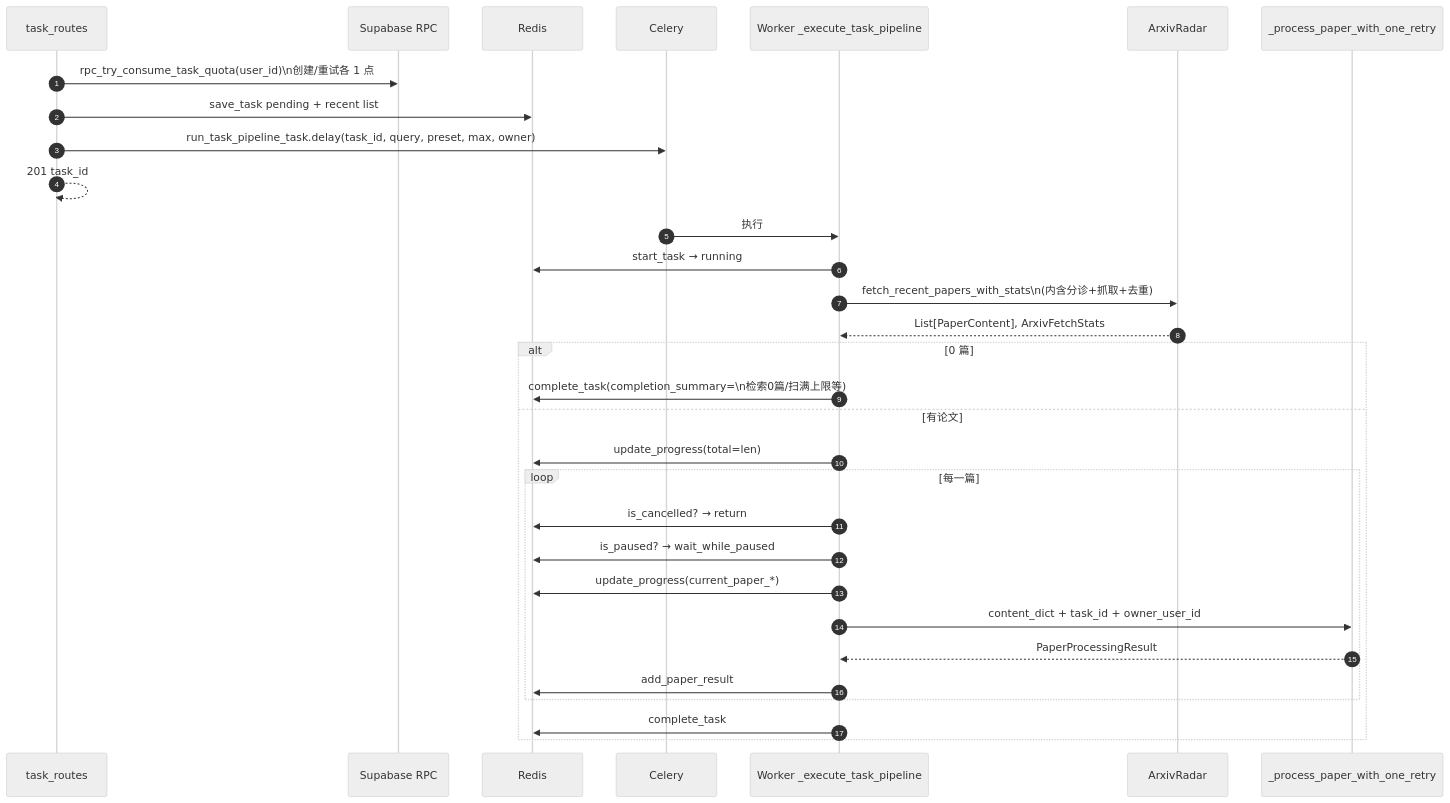
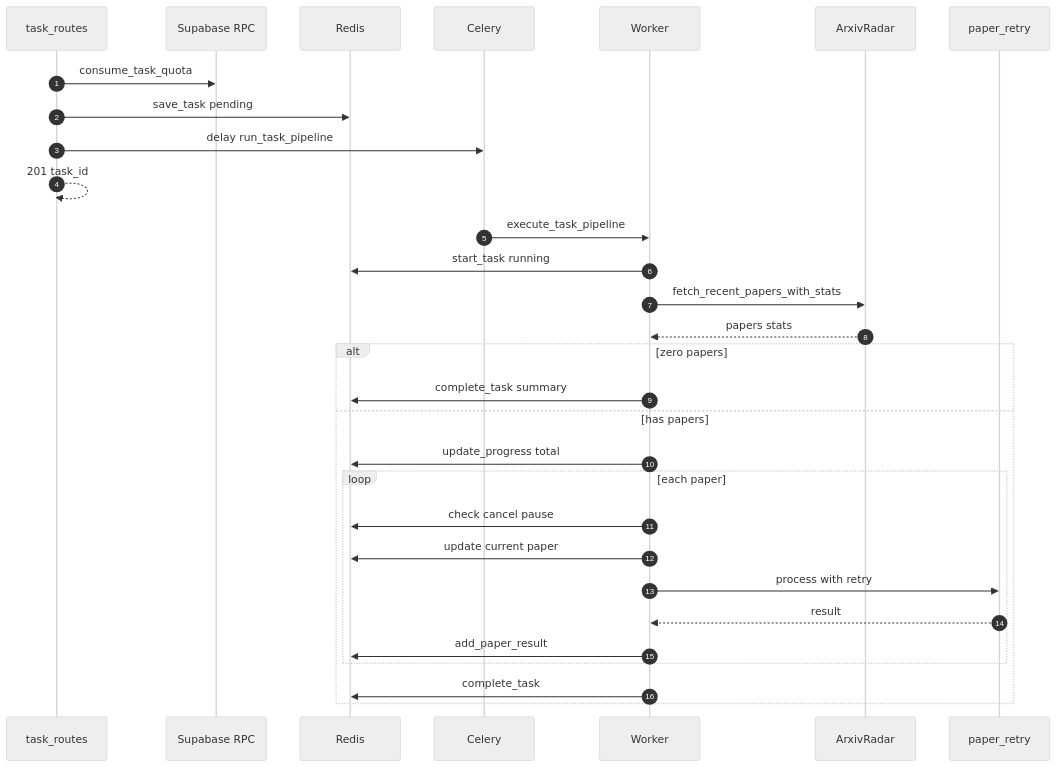
One commit to liu-kaining/ArxPrism changed the eighth of 21 diagrams in spec/DIAGRAMS.md. Above: the diagram before and after it, drawn with Mermaid (neutral theme). The commit also changed other lines of this file, not shown here.

````diff
--- a/spec/DIAGRAMS.md
+++ b/spec/DIAGRAMS.md
@@ -232,36 +236,35 @@
 ```mermaid
 sequenceDiagram
     autonumber
     participant API as task_routes
     participant SB as Supabase RPC
     participant RD as Redis
     participant CE as Celery
-    participant WK as Worker _execute_task_pipeline
+    participant WK as Worker
     participant RAD as ArxivRadar
-    participant PP as _process_paper_with_one_retry
+    participant PP as paper_retry
 
-    API->>SB: rpc_try_consume_task_quota(user_id)\n创建/重试各 1 点
-    API->>RD: save_task pending + recent list
-    API->>CE: run_task_pipeline_task.delay(task_id, query, preset, max, owner)
+    API->>SB: consume_task_quota
+    API->>RD: save_task pending
+    API->>CE: delay run_task_pipeline
     API-->>API: 201 task_id
 
-    CE->>WK: 执行
-    WK->>RD: start_task → running
-    WK->>RAD: fetch_recent_papers_with_stats\n(内含分诊+抓取+去重)
-    RAD-->>WK: List[PaperContent], ArxivFetchStats
+    CE->>WK: execute_task_pipeline
+    WK->>RD: start_task running
+    WK->>RAD: fetch_recent_papers_with_stats
+    RAD-->>WK: papers stats
 
-    alt 0 篇
-        WK->>RD: complete_task(completion_summary=\n检索0篇/扫满上限等)
-    else 有论文
-        WK->>RD: update_progress(total=len)
-        loop 每一篇
-            WK->>RD: is_cancelled? → return
-            WK->>RD: is_paused? → wait_while_paused
-            WK->>RD: update_progress(current_paper_*)
-            WK->>PP: content_dict + task_id + owner_user_id
-            PP-->>WK: PaperProcessingResult
+    alt zero papers
+        WK->>RD: complete_task summary
+    else has papers
+        WK->>RD: update_progress total
+        loop each paper
+            WK->>RD: check cancel pause
+            WK->>RD: update current paper
+            WK->>PP: process with retry
+            PP-->>WK: result
             WK->>RD: add_paper_result
         end
         WK->>RD: complete_task
     end
 ```
````
